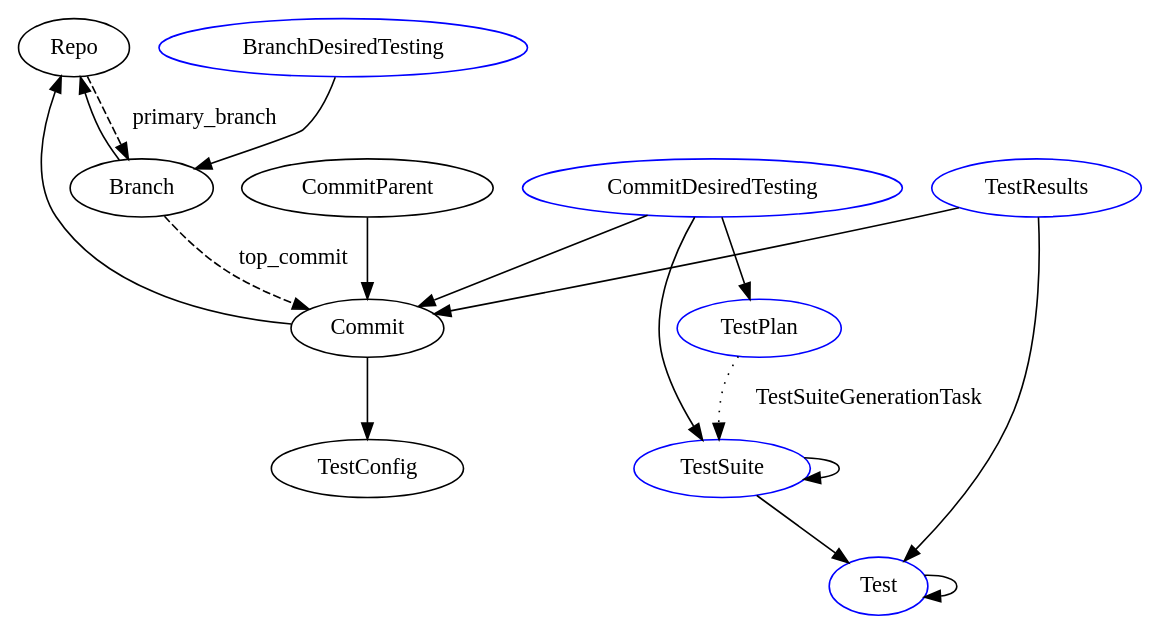
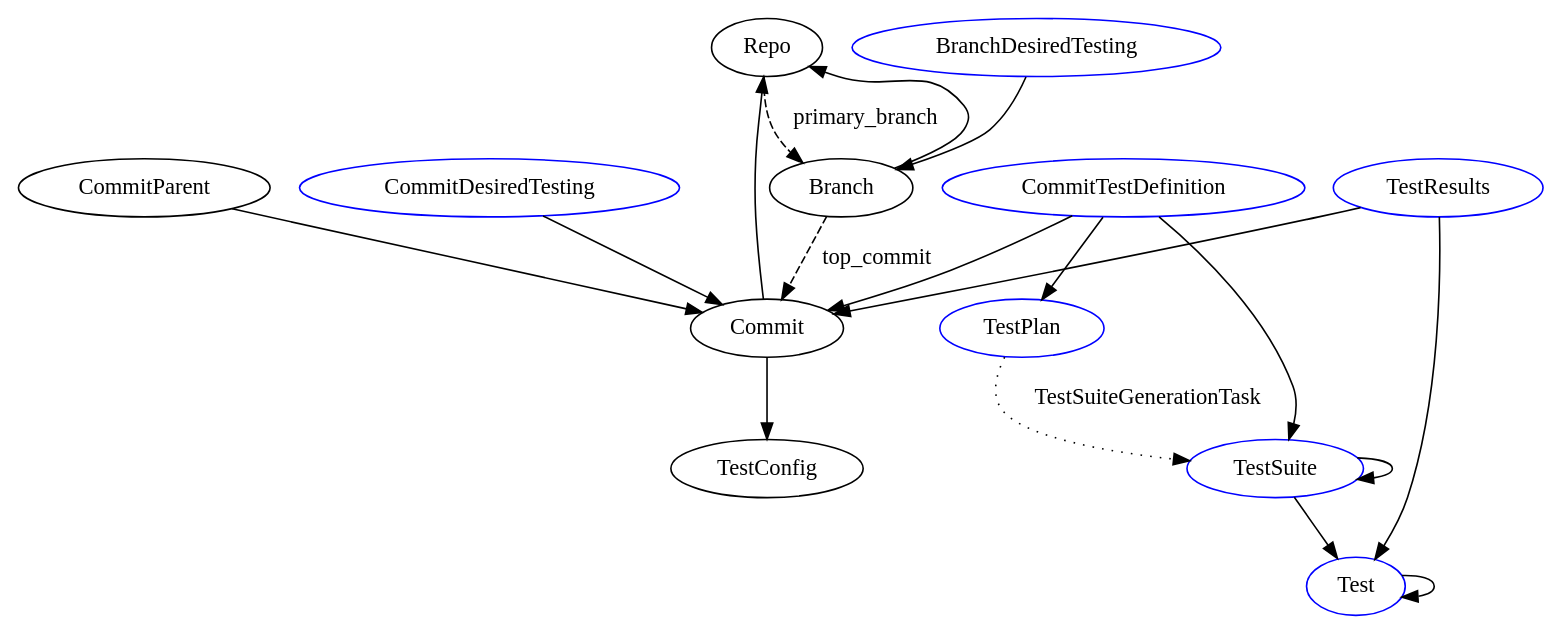
Before and after one commit to APrioriInvestments/test-looper: the diagram in docs/specs/schema.gv, drawn with Graphviz.

Commit message:
dot graph update

```diff
--- a/docs/specs/schema.gv
+++ b/docs/specs/schema.gv
@@ -1,71 +1,73 @@
 digraph G {
 	graph [layout=dot rankdir=TB]
 
 // This is just an example for you to use as a template.
 // Edit as you like. Whenever you save a legal graph
 // the layout in the graphviz window will be updated.
 
     // Repo Schema ODB Types
     node [color=black, shape=oval]
 	Repo
 
     Branch
     Commit
     TestConfig
     CommitParent
     // node [color=black, shape=box]
     // RepoConfig
 
     // Repo Schema Edges
 	//Repo -> RepoConfig
 
     Branch -> Repo
     Repo -> Branch [label=primary_branch style=dashed]
 
     Commit -> Repo
     Commit -> TestConfig
     Branch -> Commit [label=top_commit style=dashed]
     CommitParent -> Commit
 
     // Test Schema ODB Types
     node [color=blue, shape=oval]
     BranchDesiredTesting
     CommitDesiredTesting
+    CommitTestDefinition
     TestPlan
     TestSuite
     Test
 
     TestResults
 
     // Test Schema Auxiliary Types
     // node [color=blue, shape=box]
     // TestFilter
     // TestConfiguration
     // Outcome
     // StageResult
     // TestRunResult
 
     // Test Schema Edges
     //TestConfiguration -> TestFilter
     BranchDesiredTesting -> Branch
     //BranchDesiredTesting -> TestConfiguration
 
     CommitDesiredTesting -> Commit
-    CommitDesiredTesting -> TestPlan
-    CommitDesiredTesting -> TestSuite
+    CommitTestDefinition -> Commit
+    CommitTestDefinition -> TestPlan
+    CommitTestDefinition -> TestSuite
     //CommitDesiredTesting -> TestConfiguration
 
     TestSuite -> TestSuite
     TestSuite -> Test
 
     Test -> Test
 
     TestResults -> Test
     TestResults -> Commit
     //TestResults -> TestRunResult
 
     //TestRunResult -> Outcome
     //TestRunResult -> StageResult -> Outcome
 
    TestPlan -> TestSuite [label=TestSuiteGenerationTask, style=dotted]
 }
```
